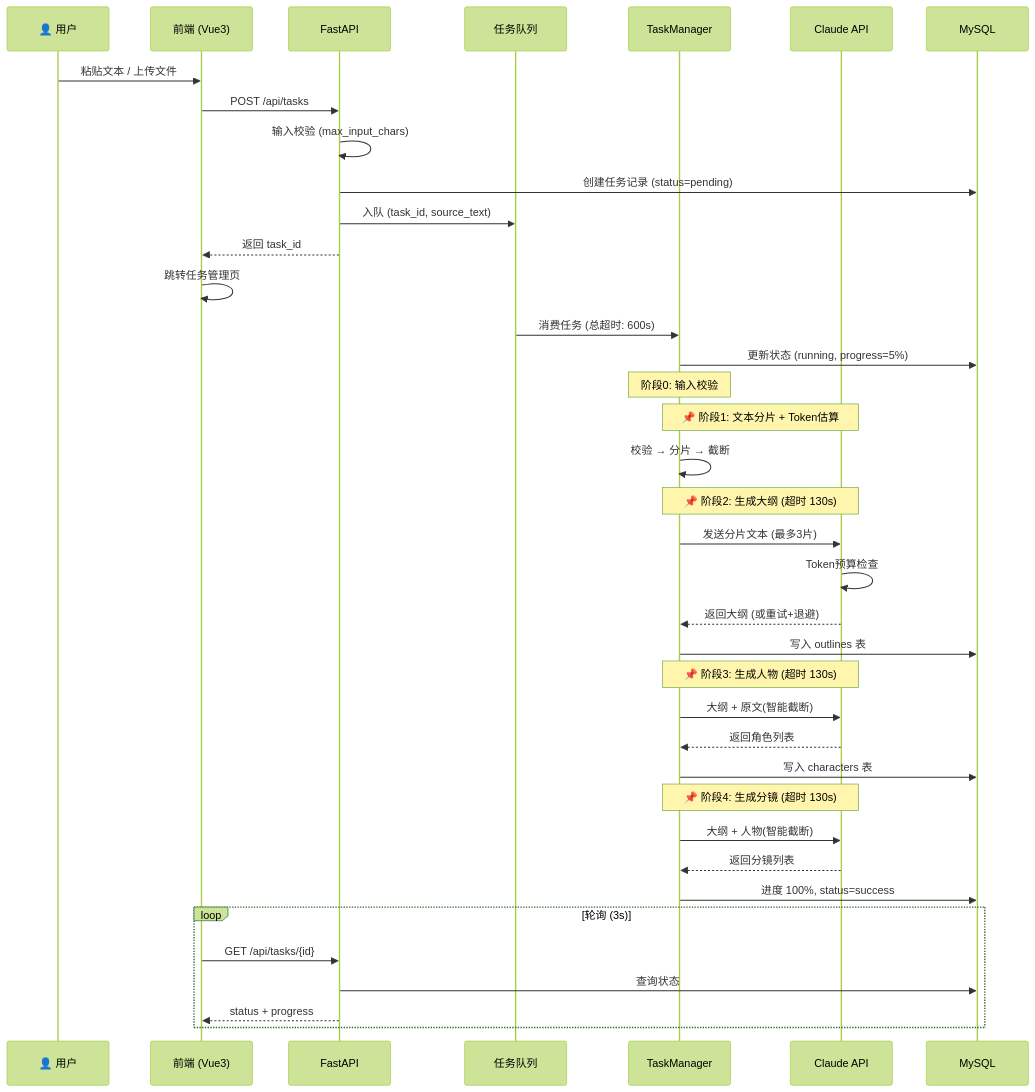
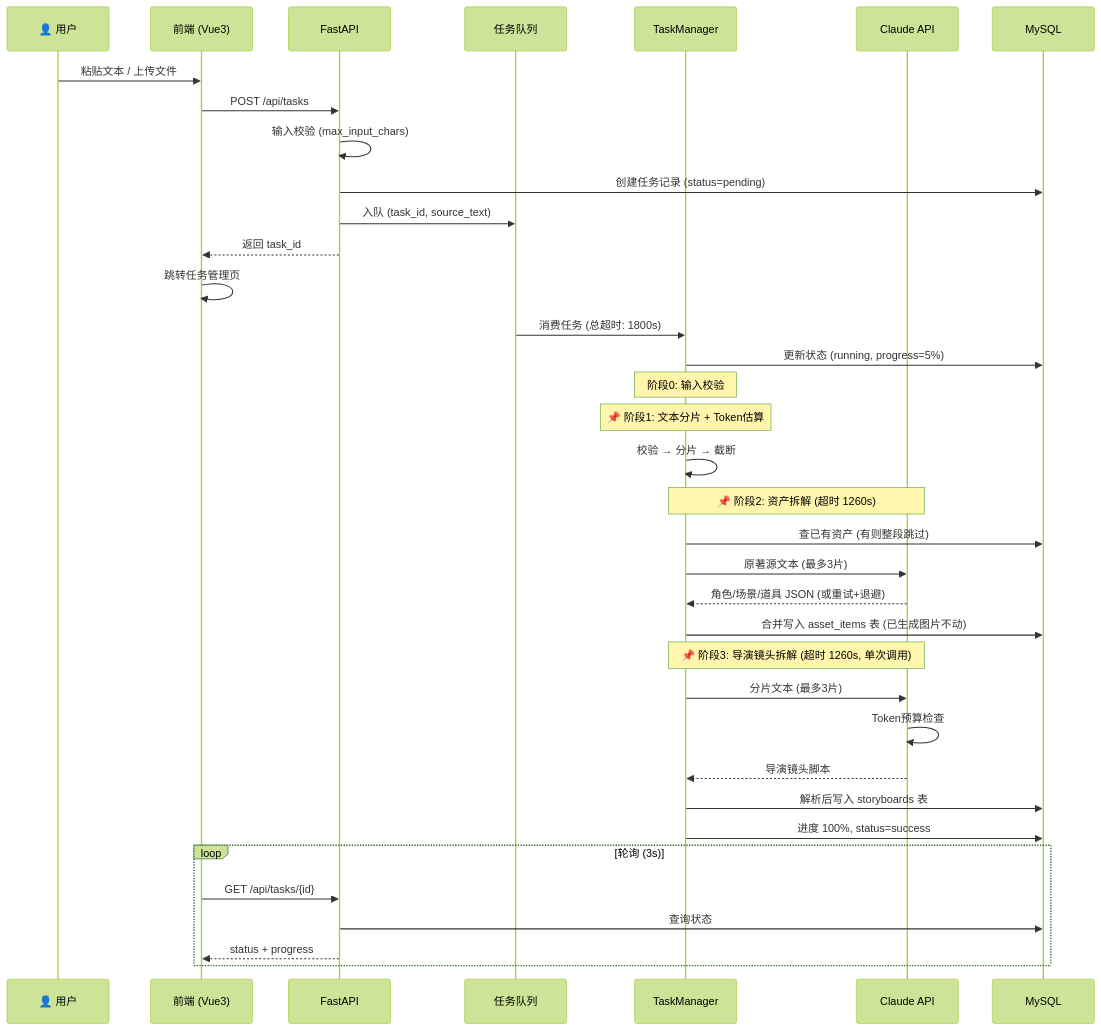
Before and after one commit to yuyunji/aigc_project: the second of 2 diagrams in README.md, drawn with Mermaid (forest theme). The commit also changed other lines of this file and 34 other files, not shown here.

````diff
--- a/README.md
+++ b/README.md
@@ -132,48 +133,45 @@
 ```mermaid
 sequenceDiagram
     participant U as 👤 用户
     participant FE as 前端 (Vue3)
     participant API as FastAPI
     participant Q as 任务队列
     participant TM as TaskManager
     participant LLM as Claude API
     participant DB as MySQL
 
     U->>FE: 粘贴文本 / 上传文件
     FE->>API: POST /api/tasks
     API->>API: 输入校验 (max_input_chars)
     API->>DB: 创建任务记录 (status=pending)
     API->>Q: 入队 (task_id, source_text)
     API-->>FE: 返回 task_id
     FE->>FE: 跳转任务管理页
 
-    Q->>TM: 消费任务 (总超时: 600s)
+    Q->>TM: 消费任务 (总超时: 1800s)
     TM->>DB: 更新状态 (running, progress=5%)
 
     Note over TM: 阶段0: 输入校验
 
-    Note over TM,LLM: 📌 阶段1: 文本分片 + Token估算
+    Note over TM: 📌 阶段1: 文本分片 + Token估算
     TM->>TM: 校验 → 分片 → 截断
 
-    Note over TM,LLM: 📌 阶段2: 生成大纲 (超时 130s)
-    TM->>LLM: 发送分片文本 (最多3片)
+    Note over TM,LLM: 📌 阶段2: 资产拆解 (超时 1260s)
+    TM->>DB: 查已有资产 (有则整段跳过)
+    TM->>LLM: 原著源文本 (最多3片)
+    LLM-->>TM: 角色/场景/道具 JSON (或重试+退避)
+    TM->>DB: 合并写入 asset_items 表 (已生成图片不动)
+
+    Note over TM,LLM: 📌 阶段3: 导演镜头拆解 (超时 1260s, 单次调用)
+    TM->>LLM: 分片文本 (最多3片)
     LLM->>LLM: Token预算检查
-    LLM-->>TM: 返回大纲 (或重试+退避)
-    TM->>DB: 写入 outlines 表
-
-    Note over TM,LLM: 📌 阶段3: 生成人物 (超时 130s)
-    TM->>LLM: 大纲 + 原文(智能截断)
-    LLM-->>TM: 返回角色列表
-    TM->>DB: 写入 characters 表
-
-    Note over TM,LLM: 📌 阶段4: 生成分镜 (超时 130s)
-    TM->>LLM: 大纲 + 人物(智能截断)
-    LLM-->>TM: 返回分镜列表
+    LLM-->>TM: 导演镜头脚本
+    TM->>DB: 解析后写入 storyboards 表
     TM->>DB: 进度 100%, status=success
 
     loop 轮询 (3s)
         FE->>API: GET /api/tasks/{id}
         API->>DB: 查询状态
         API-->>FE: status + progress
     end
 ```
````
